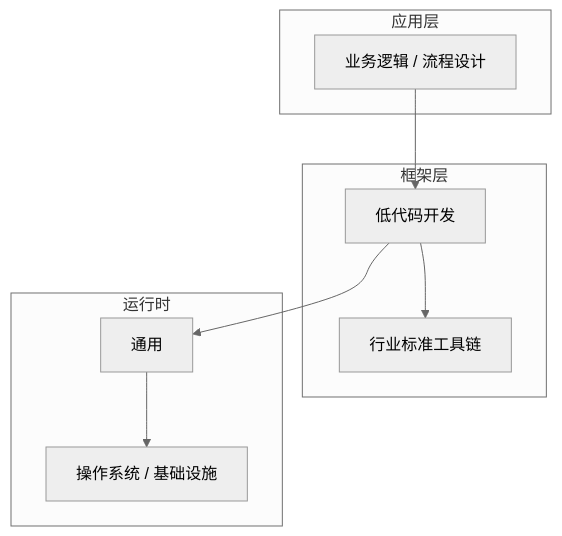
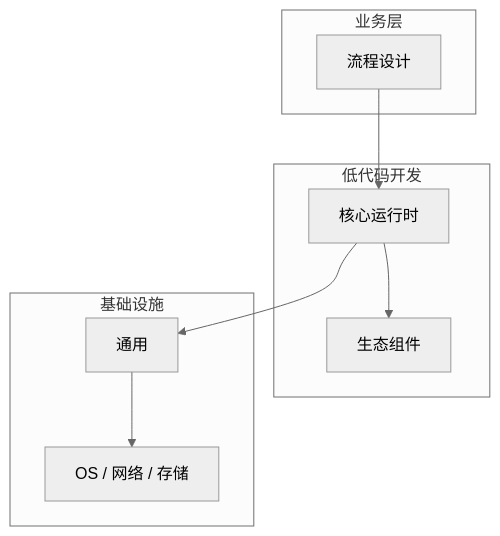
One commit to yanggan2015/knowledge-json-v2 changed the diagram in articles/低代码开发/chapters/016-流程设计核心概念与原理.md. Above: the diagram before and after it, drawn with Mermaid (neutral theme). The commit also changed other lines of this file and 10127 other files, not shown here.

````diff
--- a/articles/低代码开发/chapters/016-流程设计核心概念与原理.md
+++ b/articles/低代码开发/chapters/016-流程设计核心概念与原理.md
@@ -45,18 +30,18 @@
 ```mermaid
 graph TB
-    subgraph 应用层
-        A[业务逻辑 / 流程设计]
+    subgraph 业务层
+        A[流程设计]
     end
-    subgraph 框架层
-        B[低代码开发]
-        C[行业标准工具链]
+    subgraph 低代码开发
+        B[核心运行时]
+        C[生态组件]
     end
-    subgraph 运行时
+    subgraph 基础设施
         D[通用]
-        E[操作系统 / 基础设施]
+        E[OS / 网络 / 存储]
     end
     A --> B
     B --> C
     B --> D
     D --> E
 ```
````
